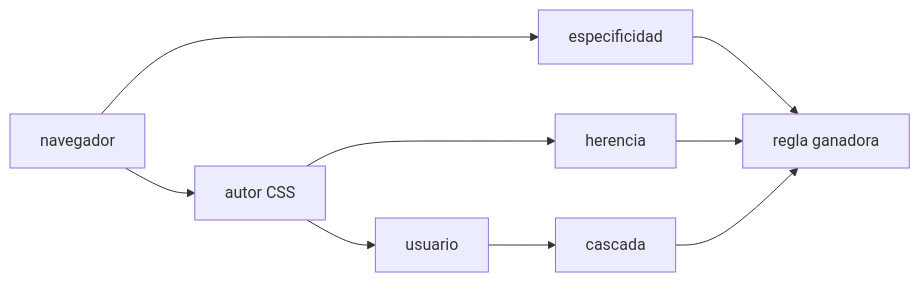
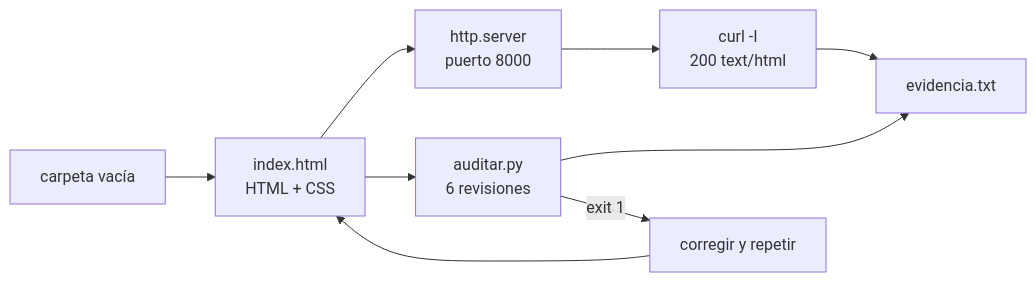
Before and after one commit to NICORUIZ93/The_Imperial_Book: the fifth of 5 diagrams in web/public/content/foundations/modulo-3.md, drawn with Mermaid. The commit also changed other lines of this file, not shown here.

````diff
--- a/web/public/content/foundations/modulo-3.md
+++ b/web/public/content/foundations/modulo-3.md
@@ -301,10 +1535,11 @@
 ```mermaid
 flowchart LR
-    BROWSER["navegador"] --> AUTHOR["autor CSS"] --> USER["usuario"]
-    BROWSER --> SPECIFY["especificidad"]
-    AUTHOR --> INHERIT["herencia"]
-    USER --> CASCADE["cascada"]
-    SPECIFY --> WINNER["regla ganadora"]
-    INHERIT --> WINNER
-    CASCADE --> WINNER
+    VACIA["carpeta vacía"] --> PAGINA["index.html<br/>HTML + CSS"]
+    PAGINA --> SERVIR["http.server<br/>puerto 8000"]
+    SERVIR --> CURL["curl -I<br/>200 text/html"]
+    PAGINA --> AUDIT["auditar.py<br/>6 revisiones"]
+    CURL --> EVID["evidencia.txt"]
+    AUDIT --> EVID
+    AUDIT -->|exit 1| CORREGIR["corregir y repetir"]
+    CORREGIR --> PAGINA
 ```
````
